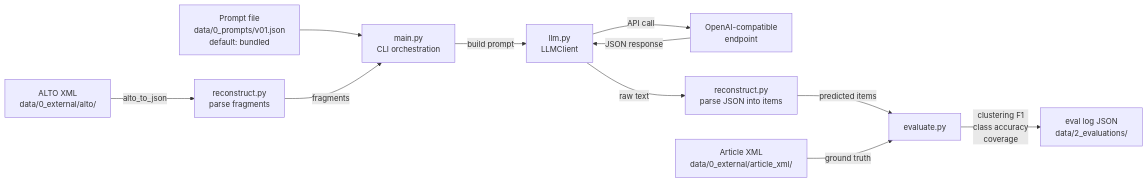
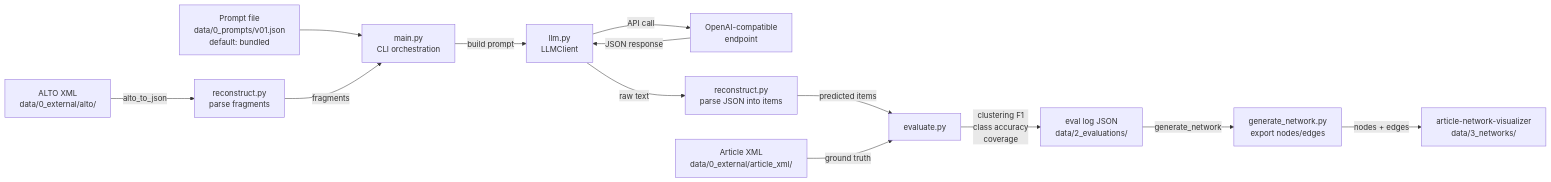
One commit to jmiguelv/newspaper-reconstructor changed the diagram in README.md. Above: the diagram before and after it, drawn with Mermaid. The commit also changed other lines of this file, not shown here.

Commit message:
docs: update README with generate_network workflow, env vars, and CLI

````diff
--- a/README.md
+++ b/README.md
@@ -9,13 +9,15 @@
 ```mermaid
 flowchart LR
     ALTO["ALTO XML<br/>data/0_external/alto/"] -->|alto_to_json| RECON["reconstruct.py<br/>parse fragments"]
     PROMPT["Prompt file<br/>data/0_prompts/v01.json<br/>default: bundled"] --> MAIN["main.py<br/>CLI orchestration"]
     RECON -->|fragments| MAIN["main.py<br/>CLI orchestration"]
     MAIN -->|build prompt| LLM["llm.py<br/>LLMClient"]
     LLM -->|API call| API["OpenAI-compatible<br/>endpoint"]
     API -->|JSON response| LLM
     LLM -->|raw text| RECON2["reconstruct.py<br/>parse JSON into items"]
     RECON2 -->|predicted items| EVAL["evaluate.py"]
     ARTXML["Article XML<br/>data/0_external/article_xml/"] -->|ground truth| EVAL
     EVAL -->|clustering F1<br/>class accuracy<br/>coverage| LOG["eval log JSON<br/>data/2_evaluations/"]
+    LOG -->|generate_network| NET["generate_network.py<br/>export nodes/edges"]
+    NET -->|nodes + edges| VIZ["article-network-visualizer<br/>data/3_networks/"]
 ```
````
